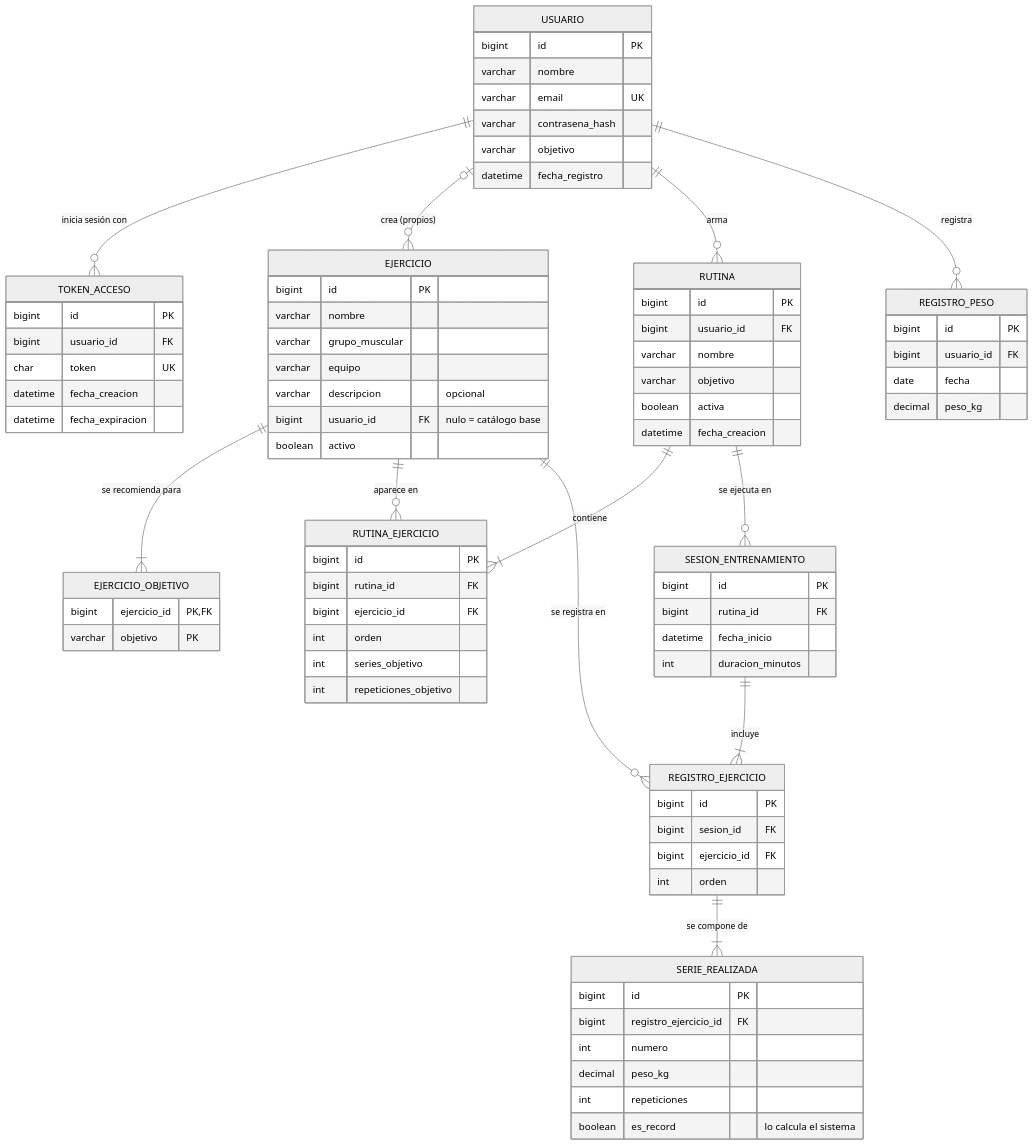
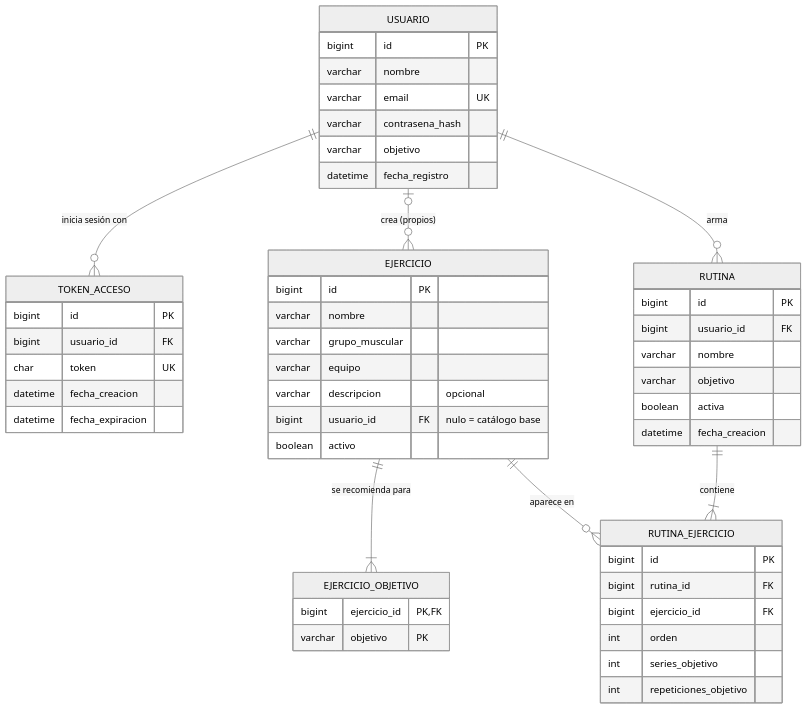
The first of 3 diagrams in docs/MODELO-DATOS.md (rancesra/gymrutine), drawn with Mermaid (neutral theme) before and after one commit. The commit also changed other lines of this file and 14 other files, not shown here.

````diff
--- a/docs/MODELO-DATOS.md
+++ b/docs/MODELO-DATOS.md
@@ -31,11 +31,6 @@
     USUARIO ||--o{ RUTINA : "arma"
     RUTINA ||--|{ RUTINA_EJERCICIO : "contiene"
     EJERCICIO ||--o{ RUTINA_EJERCICIO : "aparece en"
-    RUTINA ||--o{ SESION_ENTRENAMIENTO : "se ejecuta en"
-    SESION_ENTRENAMIENTO ||--|{ REGISTRO_EJERCICIO : "incluye"
-    EJERCICIO ||--o{ REGISTRO_EJERCICIO : "se registra en"
-    REGISTRO_EJERCICIO ||--|{ SERIE_REALIZADA : "se compone de"
-    USUARIO ||--o{ REGISTRO_PESO : "registra"
 
     USUARIO {
         bigint id PK
@@ -81,30 +76,4 @@
         int series_objetivo
         int repeticiones_objetivo
     }
-    SESION_ENTRENAMIENTO {
-        bigint id PK
-        bigint rutina_id FK
-        datetime fecha_inicio
-        int duracion_minutos
-    }
-    REGISTRO_EJERCICIO {
-        bigint id PK
-        bigint sesion_id FK
-        bigint ejercicio_id FK
-        int orden
-    }
-    SERIE_REALIZADA {
-        bigint id PK
-        bigint registro_ejercicio_id FK
-        int numero
-        decimal peso_kg
-        int repeticiones
-        boolean es_record "lo calcula el sistema"
-    }
-    REGISTRO_PESO {
-        bigint id PK
-        bigint usuario_id FK
-        date fecha
-        decimal peso_kg
-    }
 ```
````
